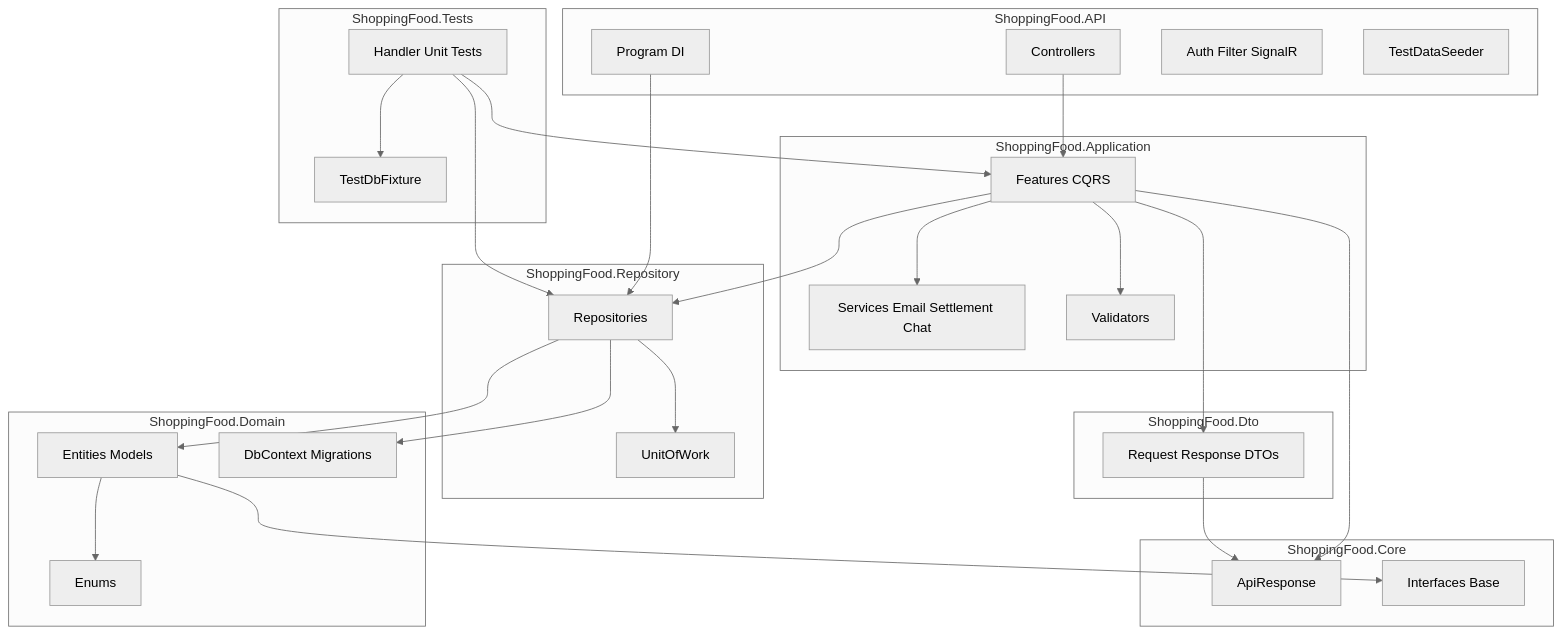
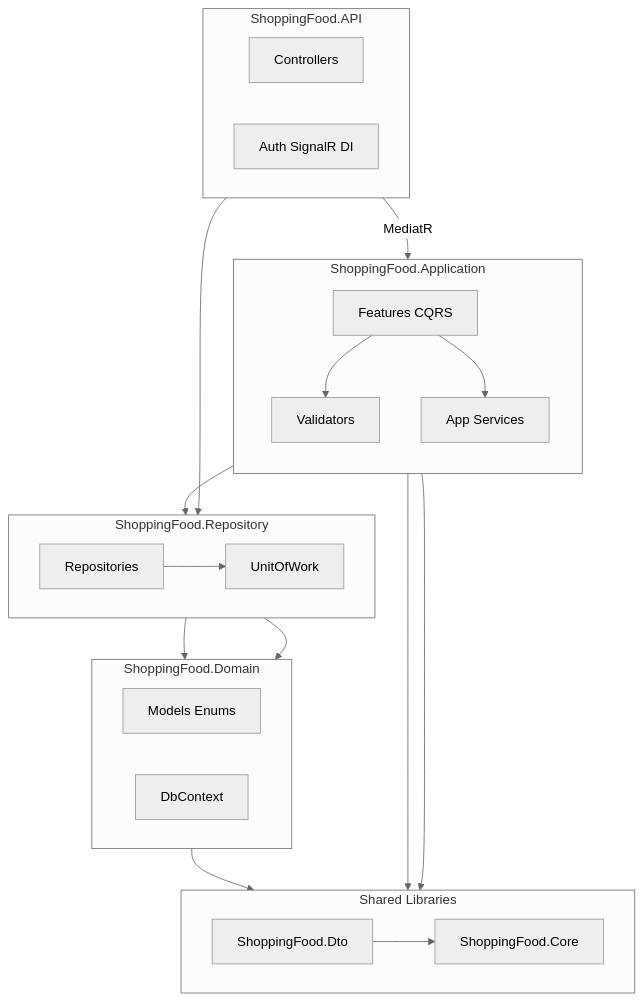
One commit to hieunh2xx/Shopping-Food changed the second of 3 diagrams in packagediagram.md. Above: the diagram before and after it, drawn with Mermaid (neutral theme). The commit also changed other lines of this file, not shown here.

````diff
--- a/packagediagram.md
+++ b/packagediagram.md
@@ -56,57 +46,46 @@
 ```mermaid
 flowchart TB
-    subgraph PKG_API [ShoppingFood.API]
-        API_Ctrl[Controllers]
-        API_Program[Program DI]
-        API_Auth[Auth Filter SignalR]
-        API_Seed[TestDataSeeder]
+    subgraph API [ShoppingFood.API]
+        direction LR
+        C1[Controllers]
+        C2[Auth SignalR DI]
     end
 
-    subgraph PKG_APP [ShoppingFood.Application]
-        APP_Features[Features CQRS]
-        APP_Services[Services Email Settlement Chat]
-        APP_Validators[Validators]
+    subgraph APP [ShoppingFood.Application]
+        direction TB
+        F1[Features CQRS]
+        F2[Validators]
+        F3[App Services]
     end
 
-    subgraph PKG_REPO [ShoppingFood.Repository]
-        REPO_Repos[Repositories]
-        REPO_UoW[UnitOfWork]
+    subgraph REPO [ShoppingFood.Repository]
+        direction LR
+        R1[Repositories]
+        R2[UnitOfWork]
     end
 
-    subgraph PKG_DOMAIN [ShoppingFood.Domain]
-        DOM_Entities[Entities Models]
-        DOM_Enums[Enums]
-        DOM_Db[DbContext Migrations]
+    subgraph DOMAIN [ShoppingFood.Domain]
+        direction LR
+        D1[Models Enums]
+        D2[DbContext]
     end
 
-    subgraph PKG_DTO [ShoppingFood.Dto]
-        DTO_Items[Request Response DTOs]
+    subgraph SHARED [Shared Libraries]
+        direction LR
+        S1[ShoppingFood.Dto]
+        S2[ShoppingFood.Core]
     end
 
-    subgraph PKG_CORE [ShoppingFood.Core]
-        CORE_Api[ApiResponse]
-        CORE_Base[Interfaces Base]
-    end
-
-    subgraph PKG_TESTS [ShoppingFood.Tests]
-        TEST_Unit[Handler Unit Tests]
-        TEST_Fixture[TestDbFixture]
-    end
-
-    API_Ctrl --> APP_Features
-    API_Program --> REPO_Repos
-    APP_Features --> REPO_Repos
-    APP_Features --> DTO_Items
-    APP_Features --> CORE_Api
-    APP_Features --> APP_Services
-    APP_Features --> APP_Validators
-    REPO_Repos --> DOM_Entities
-    REPO_Repos --> DOM_Db
-    REPO_Repos --> REPO_UoW
-    DOM_Entities --> DOM_Enums
-    DOM_Entities --> CORE_Base
-    DTO_Items --> CORE_Api
-    TEST_Unit --> APP_Features
-    TEST_Unit --> REPO_Repos
-    TEST_Unit --> TEST_Fixture
+    C1 -->|MediatR| F1
+    C2 --> R1
+    F1 --> R1
+    F1 --> S1
+    F1 --> S2
+    F1 --> F2
+    F1 --> F3
+    R1 --> R2
+    R1 --> D1
+    R1 --> D2
+    D1 --> S2
+    S1 --> S2
 ```
````
